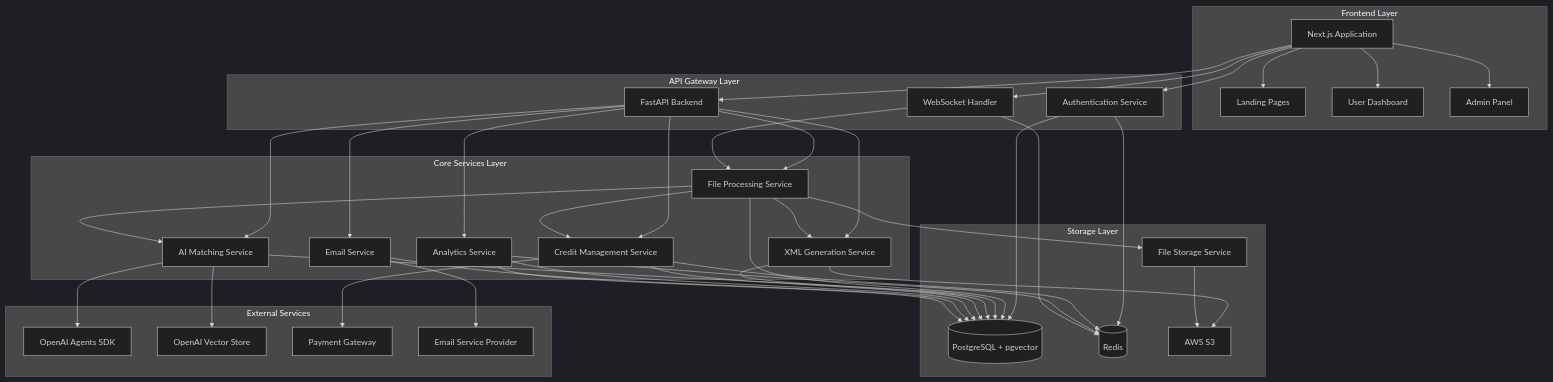
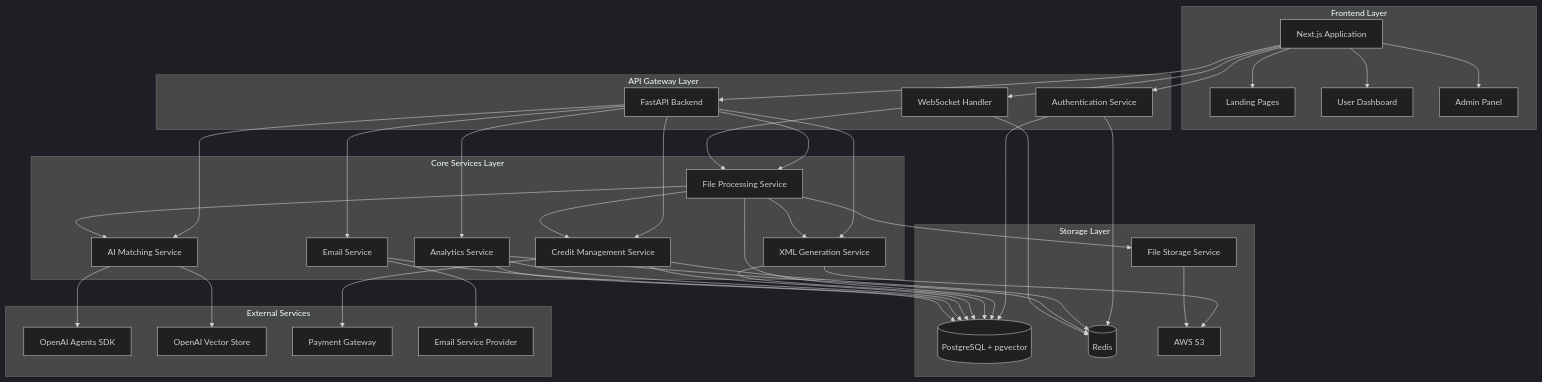
One commit to hbs-1991/XM-Port-Tm changed the diagram in docs/architecture/components.md. Above: the diagram before and after it, drawn with Mermaid (dark theme). The commit also changed other lines of this file and 6 other files, not shown here.

```diff
--- a/docs/architecture/components.md
+++ b/docs/architecture/components.md
@@ -140,7 +140,6 @@
 
     AIMatch --> OpenAI
     AIMatch --> VectorStore
-    AIMatch --> DB
 
     XMLGen --> S3
     XMLGen --> DB
```
